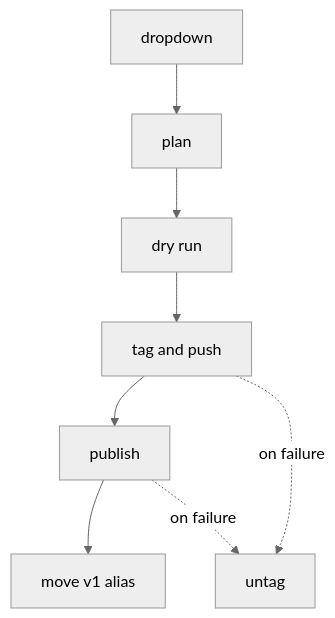
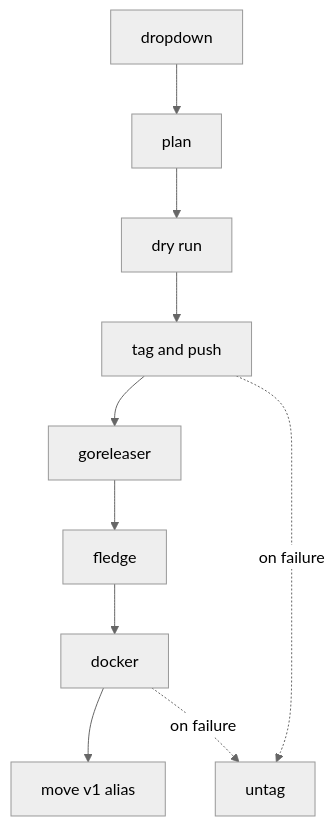
The diagram in README.md (TheOutdoorProgrammer/quill), drawn with Mermaid (neutral theme) before and after one commit. The commit also changed other lines of this file and 2 other files, not shown here.

First line of the commit message:
docs: document the Docker publisher and the fixed order

````diff
--- a/README.md
+++ b/README.md
@@ -20,10 +20,12 @@
 ```mermaid
 graph TD
   A[dropdown] --> B[plan]
   B --> C[dry run]
   C --> D[tag and push]
-  D --> E[publish]
-  E --> F[move v1 alias]
-  D -.on failure.-> G[untag]
-  E -.on failure.-> G
+  D --> E[goreleaser]
+  E --> F[fledge]
+  F --> G[docker]
+  G --> H[move v1 alias]
+  D -.on failure.-> I[untag]
+  G -.on failure.-> I
 ```
````
